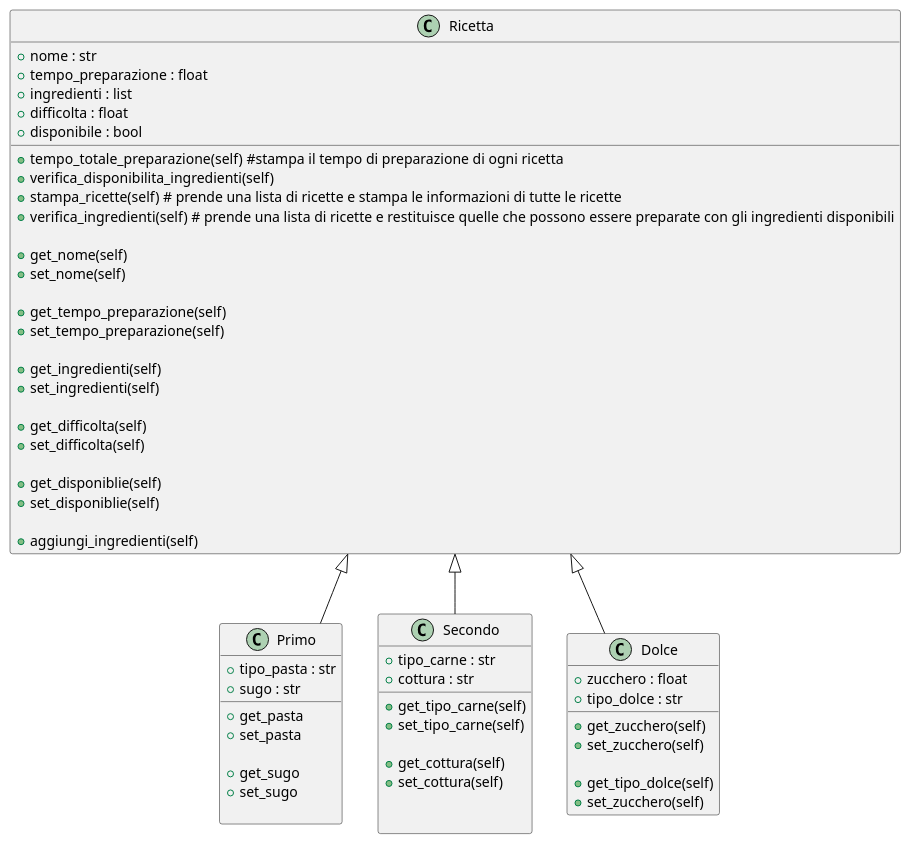
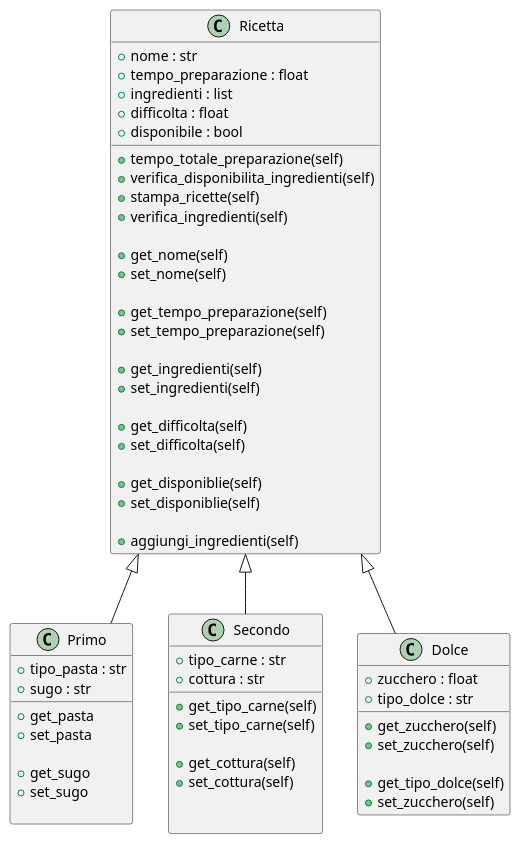
Before and after one commit to MarcoArlotti/ssh_sync_4-: the diagram in arlotti_es11/es11.puml, drawn with PlantUML. The commit also changed 1 other file, not shown here.

```diff
--- a/arlotti_es11/es11.puml
+++ b/arlotti_es11/es11.puml
@@ -1,69 +1,69 @@
 Ricetta ^-- Primo
 Ricetta ^-- Secondo
 Ricetta ^-- Dolce
 
 class Ricetta {
     +nome : str
     +tempo_preparazione : float
     +ingredienti : list
     +difficolta : float
     +disponibile : bool
     __
-    +tempo_totale_preparazione(self) #stampa il tempo di preparazione di ogni ricetta
+    +tempo_totale_preparazione(self) 
     +verifica_disponibilita_ingredienti(self)
-    +stampa_ricette(self) # prende una lista di ricette e stampa le informazioni di tutte le ricette
-    +verifica_ingredienti(self) # prende una lista di ricette e restituisce quelle che possono essere preparate con gli ingredienti disponibili
+    +stampa_ricette(self)
+    +verifica_ingredienti(self)
 
     +get_nome(self)
     +set_nome(self)
     
     +get_tempo_preparazione(self)
     +set_tempo_preparazione(self)
 
     +get_ingredienti(self)
     +set_ingredienti(self)
 
     +get_difficolta(self)
     +set_difficolta(self)
 
     +get_disponiblie(self)
     +set_disponiblie(self)
 
     +aggiungi_ingredienti(self)
 }
 
 class Primo {
     +tipo_pasta : str
     +sugo : str
     __
     +get_pasta
     +set_pasta
 
     +get_sugo
     +set_sugo
 
 }
 
 class Secondo {
     +tipo_carne : str
     +cottura : str
     __
     +get_tipo_carne(self)
     +set_tipo_carne(self)
 
     +get_cottura(self)
     +set_cottura(self)
 
 
 }
 
 class Dolce {
     +zucchero : float
     +tipo_dolce : str
     __
     +get_zucchero(self)
     +set_zucchero(self)
 
     +get_tipo_dolce(self)
     +set_zucchero(self)
 }
```
